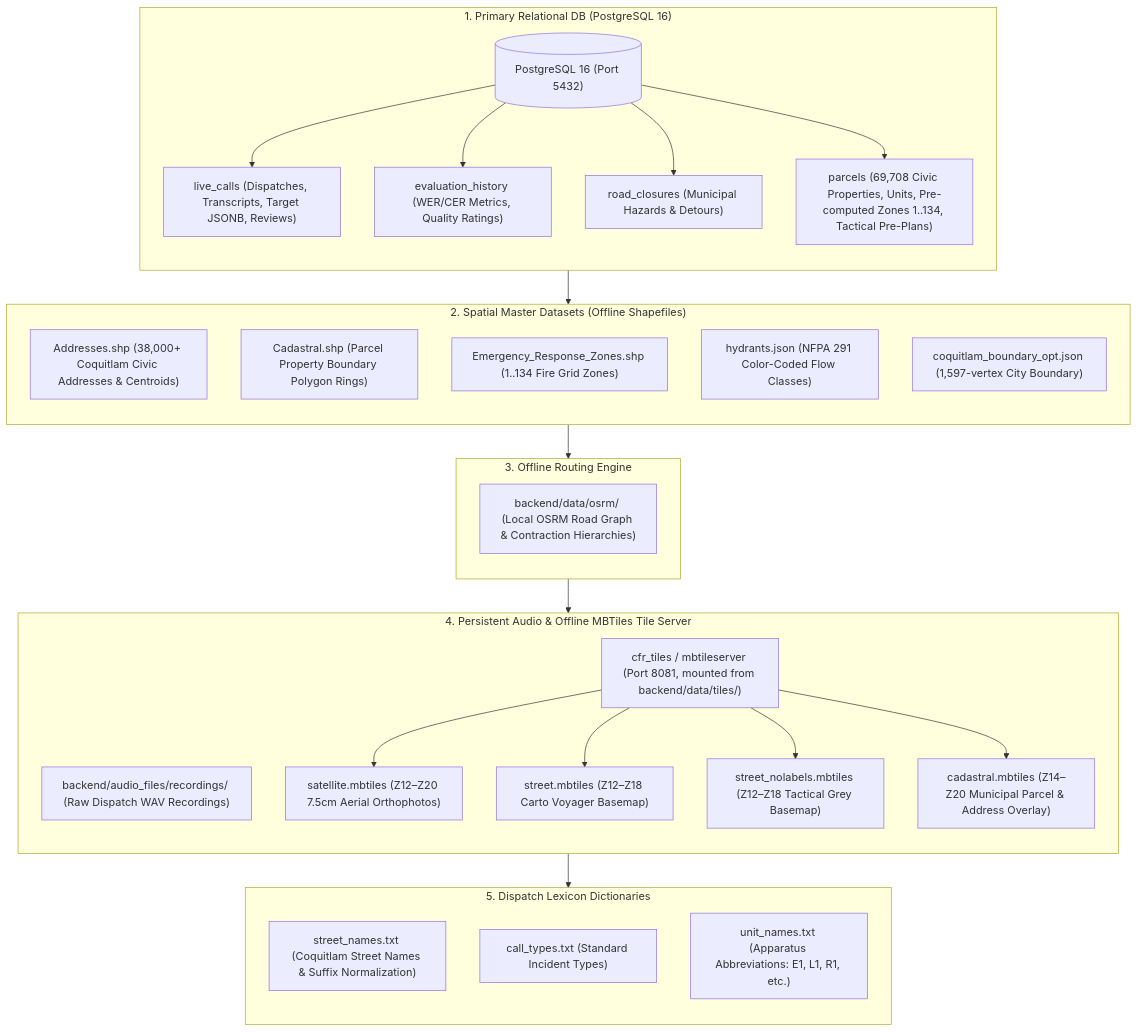
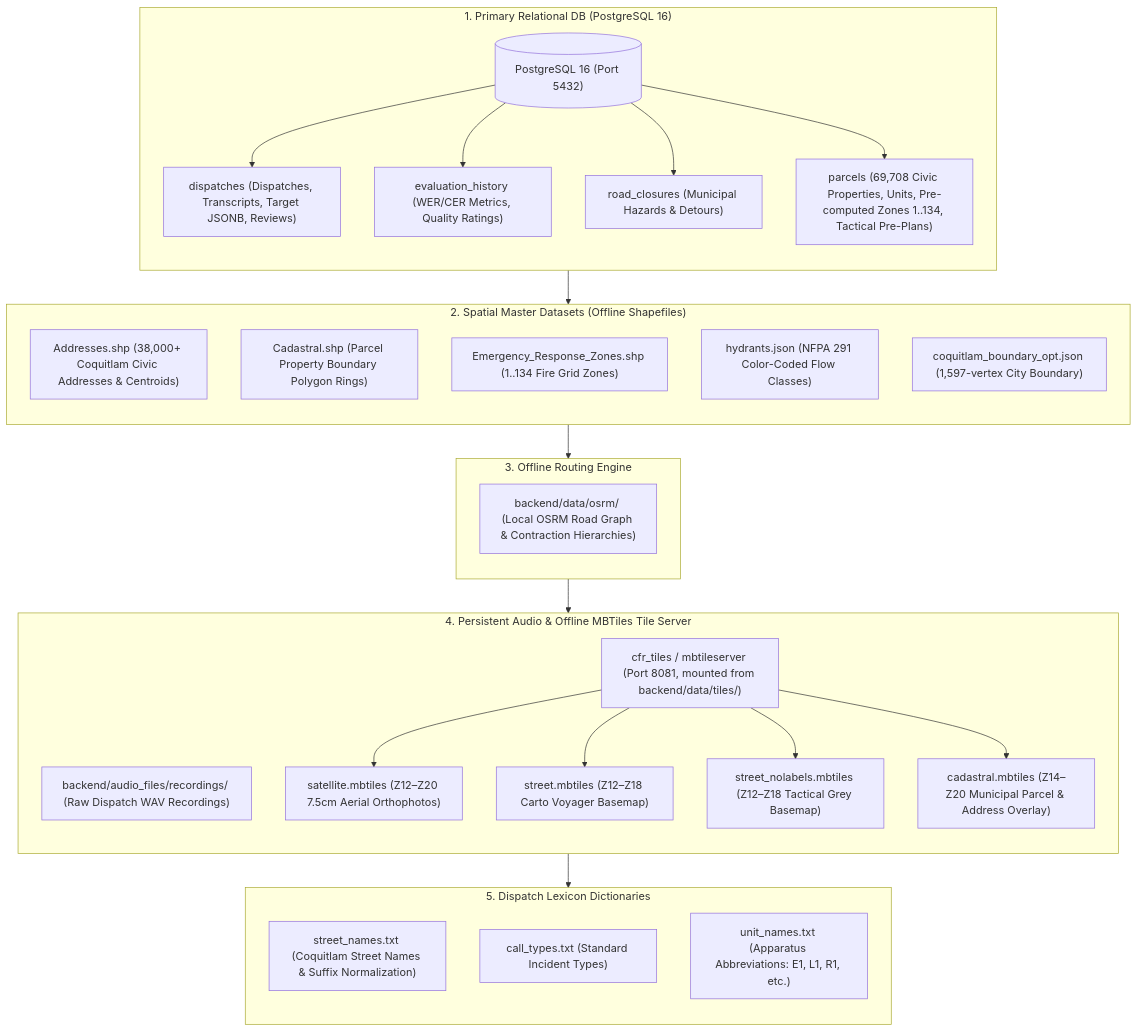
Before and after one commit to cwoodworth89/CFR-EVO-APP: the diagram in docs/architecture/database_and_datastores.md, drawn with Mermaid. The commit also changed 20 other files, not shown here.

First line of the commit message:
refactor(db): rename public.live_calls to public.dispatches

````diff
--- a/docs/architecture/database_and_datastores.md
+++ b/docs/architecture/database_and_datastores.md
@@ -9,55 +9,55 @@
 ```mermaid
 graph TD
     subgraph PrimaryDB ["1. Primary Relational DB (PostgreSQL 16)"]
         direction TB
         PG[("PostgreSQL 16 (Port 5432)")]
-        T1["live_calls (Dispatches, Transcripts, Target JSONB, Reviews)"]
+        T1["dispatches (Dispatches, Transcripts, Target JSONB, Reviews)"]
         T2["evaluation_history (WER/CER Metrics, Quality Ratings)"]
         T3["road_closures (Municipal Hazards & Detours)"]
         T4["parcels (69,708 Civic Properties, Units, Pre-computed Zones 1..134, Tactical Pre-Plans)"]
         PG --> T1
         PG --> T2
         PG --> T3
         PG --> T4
     end
 
     subgraph SpatialData ["2. Spatial Master Datasets (Offline Shapefiles)"]
         direction TB
         S1["Addresses.shp (38,000+ Coquitlam Civic Addresses & Centroids)"]
         S2["Cadastral.shp (Parcel Property Boundary Polygon Rings)"]
         S3["Emergency_Response_Zones.shp (1..134 Fire Grid Zones)"]
         S4["hydrants.json (NFPA 291 Color-Coded Flow Classes)"]
         S5["coquitlam_boundary_opt.json (1,597-vertex City Boundary)"]
     end
 
     subgraph RoutingGraph ["3. Offline Routing Engine"]
         direction TB
         R1["backend/data/osrm/ (Local OSRM Road Graph & Contraction Hierarchies)"]
     end
 
     subgraph Storage ["4. Persistent Audio & Offline MBTiles Tile Server"]
         direction TB
         A1["backend/audio_files/recordings/ (Raw Dispatch WAV Recordings)"]
         A2["cfr_tiles / mbtileserver (Port 8081, mounted from backend/data/tiles/)"]
         M1["satellite.mbtiles (Z12–Z20 7.5cm Aerial Orthophotos)"]
         M2["street.mbtiles (Z12–Z18 Carto Voyager Basemap)"]
         M3["street_nolabels.mbtiles (Z12–Z18 Tactical Grey Basemap)"]
         M4["cadastral.mbtiles (Z14–Z20 Municipal Parcel & Address Overlay)"]
         A2 --> M1
         A2 --> M2
         A2 --> M3
         A2 --> M4
     end
 
     subgraph Vocabulary ["5. Dispatch Lexicon Dictionaries"]
         direction TB
         V1["street_names.txt (Coquitlam Street Names & Suffix Normalization)"]
         V2["call_types.txt (Standard Incident Types)"]
         V3["unit_names.txt (Apparatus Abbreviations: E1, L1, R1, etc.)"]
     end
 
     PrimaryDB --> SpatialData
     SpatialData --> RoutingGraph
     RoutingGraph --> Storage
     Storage --> Vocabulary
 ```
````
